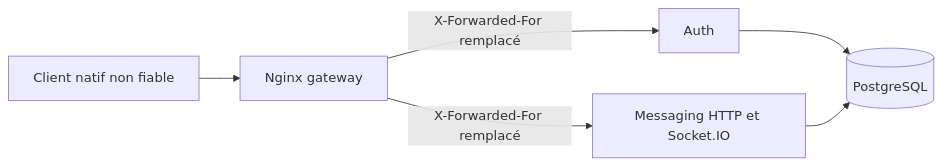
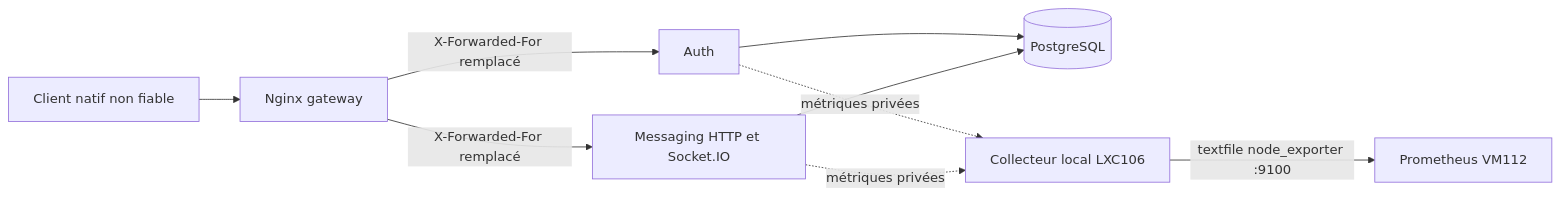
Before and after one commit to antoroute/Trust-Circle: the diagram in docs/security/NETWORK_BOUNDARY.md, drawn with Mermaid. The commit also changed other lines of this file and 40 other files, not shown here.

````diff
--- a/docs/security/NETWORK_BOUNDARY.md
+++ b/docs/security/NETWORK_BOUNDARY.md
@@ -12,8 +12,11 @@
 ```mermaid
 flowchart LR
     C[Client natif non fiable] --> N[Nginx gateway]
     N -->|X-Forwarded-For remplacé| A[Auth]
     N -->|X-Forwarded-For remplacé| M[Messaging HTTP et Socket.IO]
     A --> P[(PostgreSQL)]
     M --> P
+    A -. métriques privées .-> X[Collecteur local LXC106]
+    M -. métriques privées .-> X
+    X -->|textfile node_exporter :9100| O[Prometheus VM112]
 ```
````
